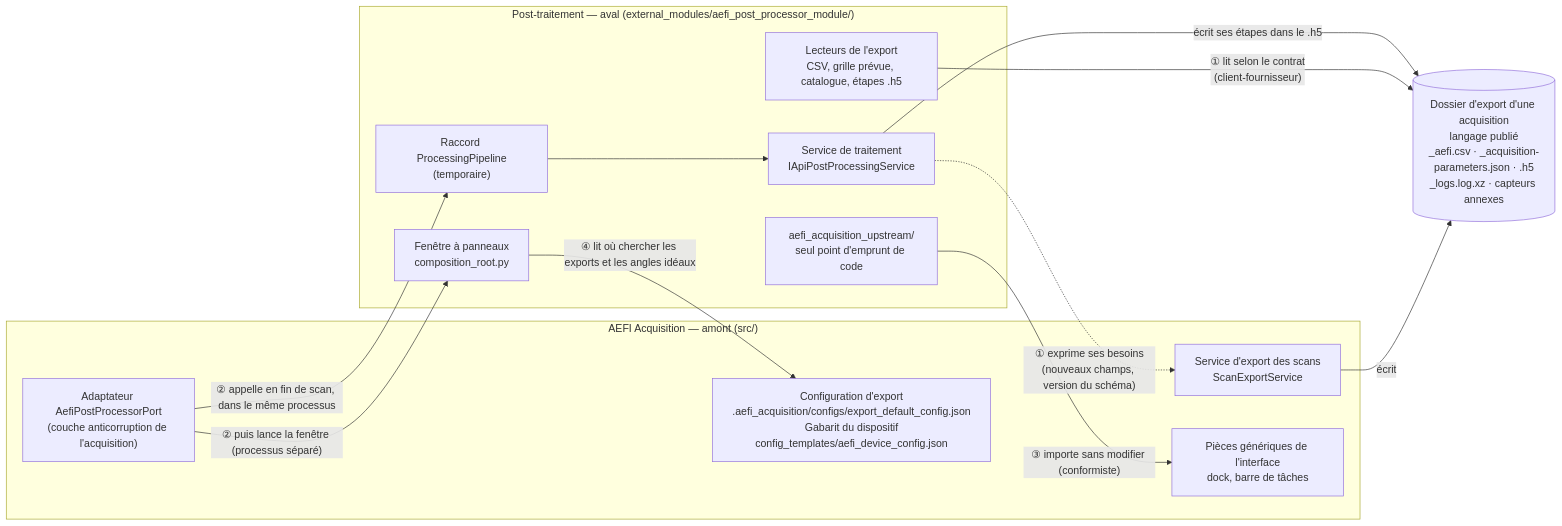
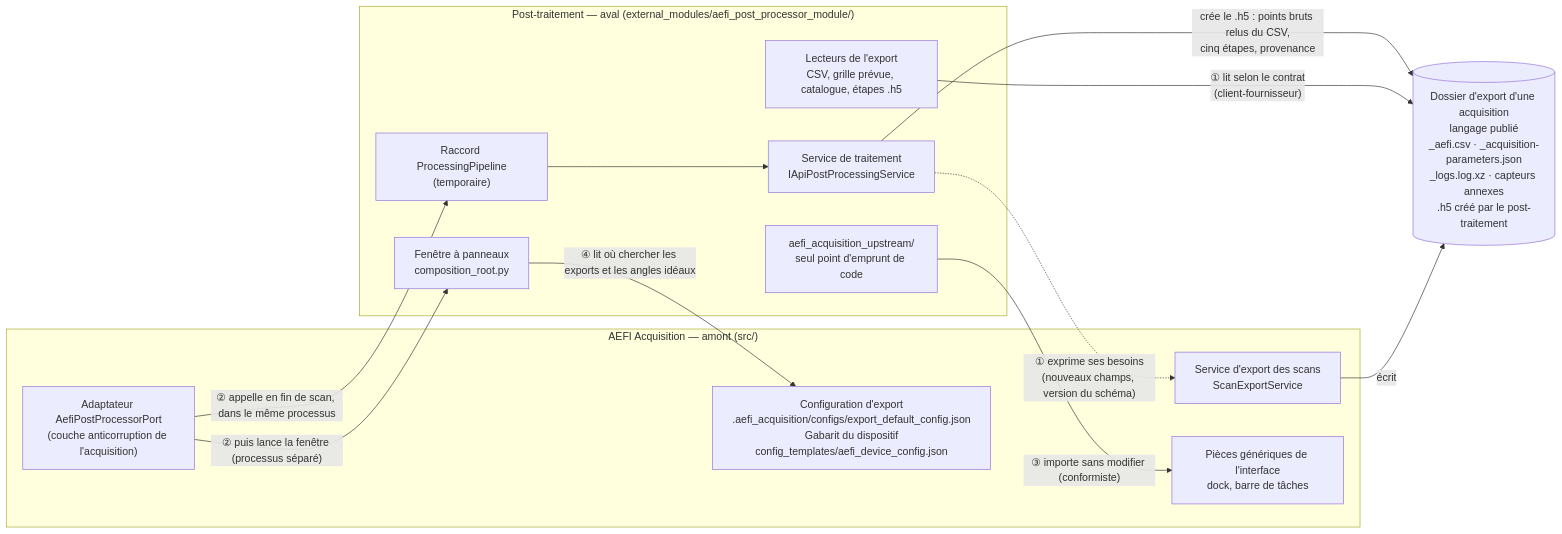
Before and after one commit to Luciosmic/AEFI_Acquisition: the first of 4 diagrams in _system/documentation/context-map-acquisition-post-traitement.md, drawn with Mermaid. The commit also changed other lines of this file and 11 other files, not shown here.

````diff
--- a/_system/documentation/context-map-acquisition-post-traitement.md
+++ b/_system/documentation/context-map-acquisition-post-traitement.md
@@ -14,26 +14,26 @@
 ```mermaid
 flowchart LR
     subgraph ACQ["AEFI Acquisition — amont (src/)"]
         SES["Service d'export des scans<br/>ScanExportService"]
         ACL["Adaptateur AefiPostProcessorPort<br/>(couche anticorruption de l'acquisition)"]
         UIK["Pièces génériques de l'interface<br/>dock, barre de tâches"]
         CFG["Configuration d'export<br/>.aefi_acquisition/configs/export_default_config.json<br/>Gabarit du dispositif<br/>config_templates/aefi_device_config.json"]
     end
-    EXP[("Dossier d'export d'une acquisition<br/>langage publié<br/>_aefi.csv · _acquisition-parameters.json · .h5<br/>_logs.log.xz · capteurs annexes")]
+    EXP[("Dossier d'export d'une acquisition<br/>langage publié<br/>_aefi.csv · _acquisition-parameters.json<br/>_logs.log.xz · capteurs annexes<br/>.h5 créé par le post-traitement")]
     subgraph PP["Post-traitement — aval (external_modules/aefi_post_processor_module/)"]
         RAC["Raccord ProcessingPipeline<br/>(temporaire)"]
         PPS["Service de traitement<br/>IApiPostProcessingService"]
         RD["Lecteurs de l'export<br/>CSV, grille prévue, catalogue, étapes .h5"]
         UP["aefi_acquisition_upstream/<br/>seul point d'emprunt de code"]
         WIN["Fenêtre à panneaux<br/>composition_root.py"]
     end
     SES -- "écrit" --> EXP
     RD -- "① lit selon le contrat<br/>(client-fournisseur)" --> EXP
     PPS -. "① exprime ses besoins<br/>(nouveaux champs, version du schéma)" .-> SES
-    PPS -- "écrit ses étapes dans le .h5" --> EXP
+    PPS -- "crée le .h5 : points bruts relus du CSV,<br/>cinq étapes, provenance" --> EXP
     ACL -- "② appelle en fin de scan, dans le même processus" --> RAC
     RAC --> PPS
     ACL -- "② puis lance la fenêtre (processus séparé)" --> WIN
     UP -- "③ importe sans modifier (conformiste)" --> UIK
     WIN -- "④ lit où chercher les exports et les angles idéaux" --> CFG
 ```
````
